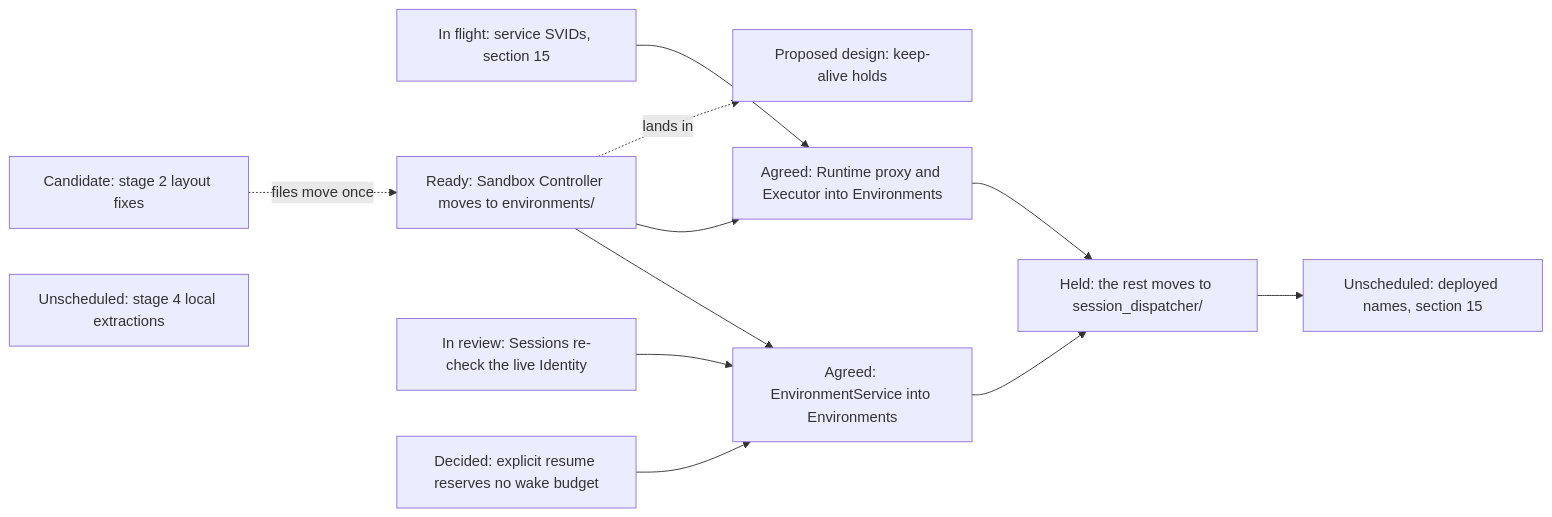
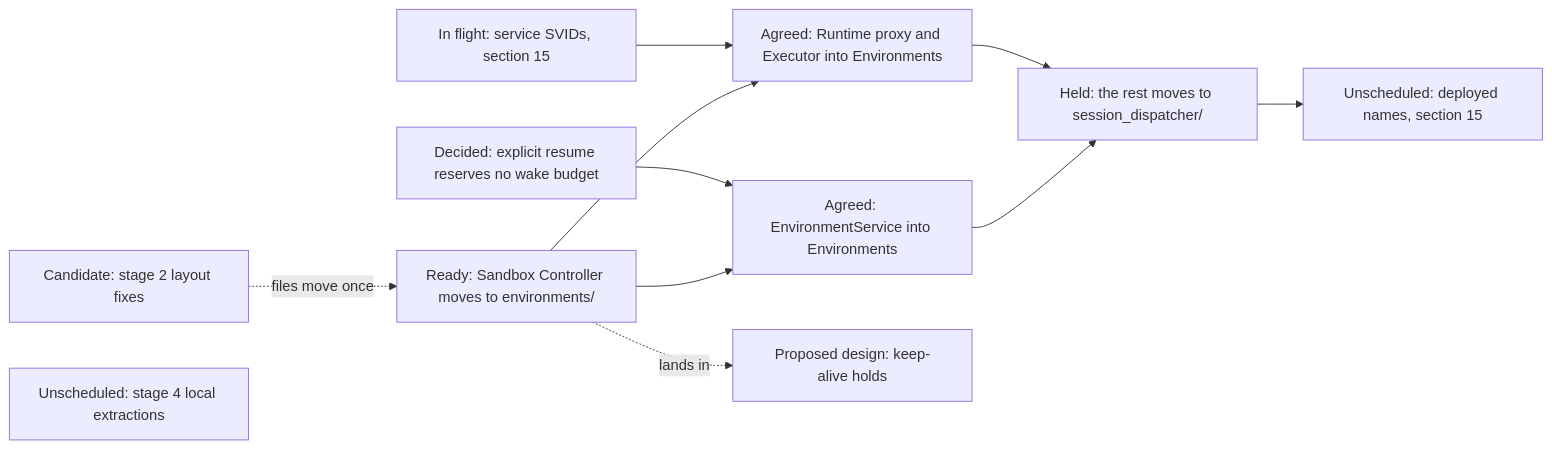
One commit to agentydragon/ducktape changed diagram 21 of 21 in agentplane/plans/task_dag.md. Above: the diagram before and after it, drawn with Mermaid. The commit also changed other lines of this file and 2 other files, not shown here.

````diff
--- a/agentplane/plans/task_dag.md
+++ b/agentplane/plans/task_dag.md
@@ -3949,24 +3920,22 @@
 ```mermaid
 flowchart LR
     PRIVILEGED_BACKEND_AUTH_DESIGN[In flight: service SVIDs, section 15]
     GO_LAYOUT_FIXES[Candidate: stage 2 layout fixes]
     ENVIRONMENTS_DIRECTORY[Ready: Sandbox Controller moves to environments/]
-    SANDBOX_IDENTITY_RECHECK[In review: Sessions re-check the live Identity]
     EXPLICIT_RESUME_BUDGET_REMOVAL[Decided: explicit resume reserves no wake budget]
     ENVIRONMENT_SERVICE_TO_ENVIRONMENTS[Agreed: EnvironmentService into Environments]
     RUNTIME_PROXY_TO_ENVIRONMENTS[Agreed: Runtime proxy and Executor into Environments]
     SESSIONS_BINARY_DIRECTORY[Held: the rest moves to session_dispatcher/]
     ENVIRONMENT_KEEP_ALIVE_HOLDS[Proposed design: keep-alive holds]
     GO_LOCAL_EXTRACTIONS[Unscheduled: stage 4 local extractions]
     RUNNER_GATEWAY_RENAME[Unscheduled: deployed names, section 15]
     ENVIRONMENTS_DIRECTORY --> ENVIRONMENT_SERVICE_TO_ENVIRONMENTS
-    SANDBOX_IDENTITY_RECHECK --> ENVIRONMENT_SERVICE_TO_ENVIRONMENTS
     EXPLICIT_RESUME_BUDGET_REMOVAL --> ENVIRONMENT_SERVICE_TO_ENVIRONMENTS
     ENVIRONMENTS_DIRECTORY --> RUNTIME_PROXY_TO_ENVIRONMENTS
     PRIVILEGED_BACKEND_AUTH_DESIGN --> RUNTIME_PROXY_TO_ENVIRONMENTS
     ENVIRONMENT_SERVICE_TO_ENVIRONMENTS --> SESSIONS_BINARY_DIRECTORY
     RUNTIME_PROXY_TO_ENVIRONMENTS --> SESSIONS_BINARY_DIRECTORY
     SESSIONS_BINARY_DIRECTORY --> RUNNER_GATEWAY_RENAME
     ENVIRONMENTS_DIRECTORY -. lands in .-> ENVIRONMENT_KEEP_ALIVE_HOLDS
     GO_LAYOUT_FIXES -. files move once .-> ENVIRONMENTS_DIRECTORY
 ```
````
